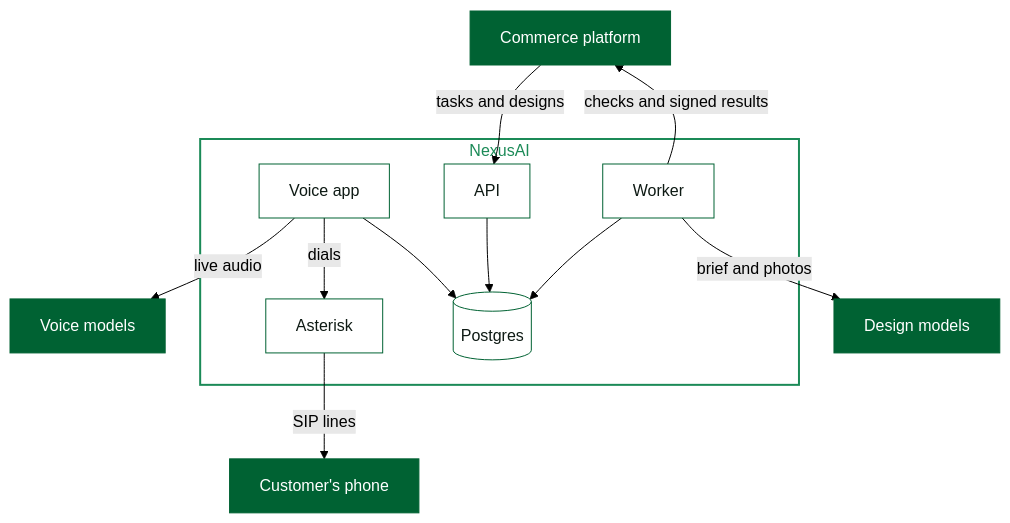
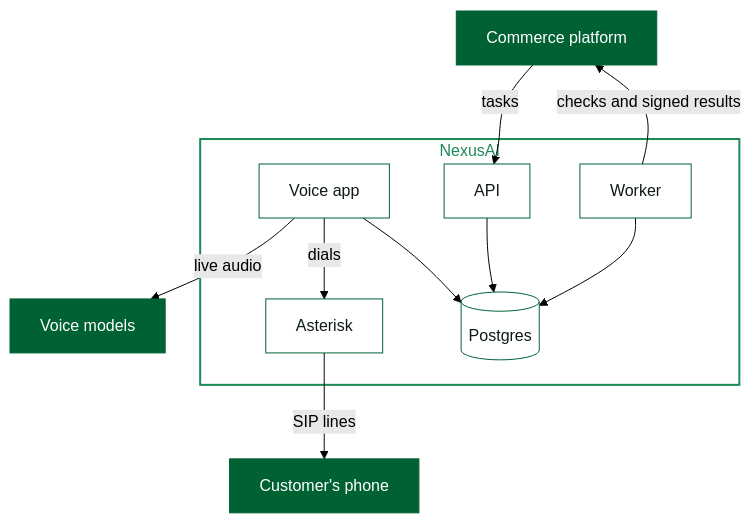
Before and after one commit to GHanamaAhmed/NexusAI: the diagram in README.md, drawn with Mermaid (forest theme). The commit also changed other lines of this file and 34 other files, not shown here.

First line of the commit message:
Designs: removed, with Meta's models; the last ones still expire

````diff
--- a/README.md
+++ b/README.md
@@ -77,33 +75,31 @@
 ```mermaid
 flowchart TB
   platform[Commerce platform]
   voiceModels[Voice models]
 
   subgraph nexus [NexusAI]
     voice[Voice app]
     api[API]
     worker[Worker]
     asterisk[Asterisk]
     db[(Postgres)]
   end
 
-  designModels[Design models]
   phone[Customer's phone]
 
   platform ~~~ worker
-  platform -- tasks and designs --> api
+  platform -- tasks --> api
   worker -- checks and signed results --> platform
   voice -- live audio --> voiceModels
   voice -- dials --> asterisk
   voice --> db
   api --> db
   worker --> db
-  worker -- brief and photos --> designModels
   asterisk -- SIP lines --> phone
 
   classDef part fill:#FFFFFF,stroke:#006233,color:#0E1A14
   classDef outside fill:#006233,stroke:#006233,color:#FFFFFF
   class api,worker,voice,db,asterisk part
-  class platform,phone,voiceModels,designModels outside
+  class platform,phone,voiceModels outside
   style nexus fill:transparent,stroke:#1B8A57,stroke-width:2px,color:#1B8A57
 ```
````
